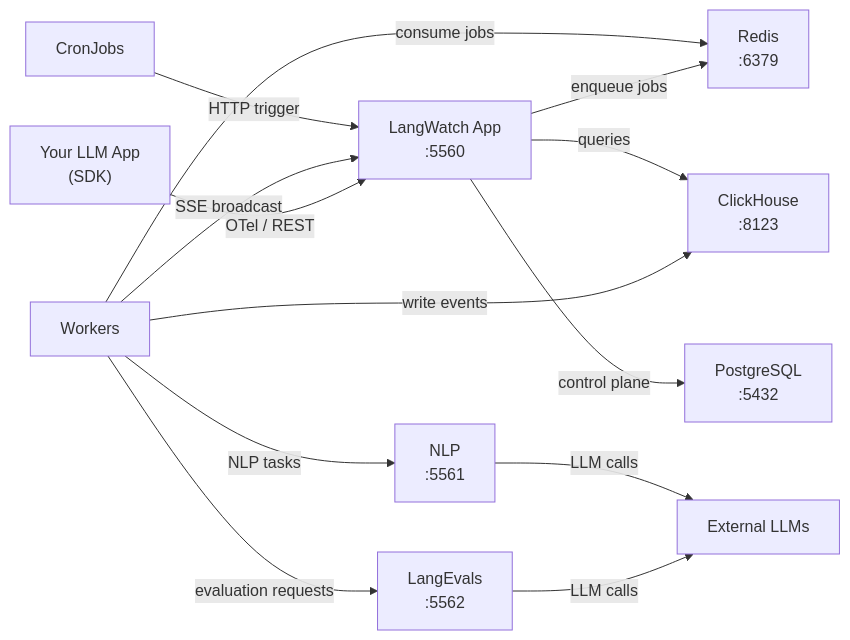
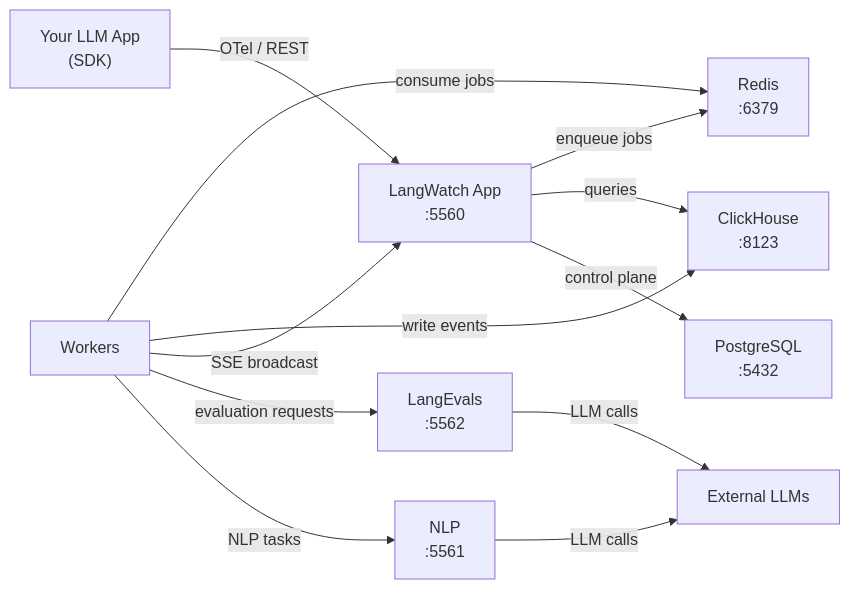
Before and after one commit to langwatch/langwatch: the diagram in docs/self-hosting/deployment/docker-images.mdx, drawn with Mermaid. The commit also changed other lines of this file and 24 other files, not shown here.

First line of the commit message:
docs(self-hosting): correct security, env var and Helm values docs against the code and chart

````diff
--- a/docs/self-hosting/deployment/docker-images.mdx
+++ b/docs/self-hosting/deployment/docker-images.mdx
@@ -74,15 +77,14 @@
 ```mermaid
 graph LR
     SDK["Your LLM App<br/>(SDK)"] -->|OTel / REST| App["LangWatch App<br/>:5560"]
     App -->|enqueue jobs| Redis["Redis<br/>:6379"]
     Workers["Workers"] -->|consume jobs| Redis
     Workers -->|write events| CH["ClickHouse<br/>:8123"]
     Workers -->|SSE broadcast| App
     Workers -->|evaluation requests| Evals["LangEvals<br/>:5562"]
     Workers -->|NLP tasks| NLP["NLP<br/>:5561"]
     Evals -->|LLM calls| LLMs["External LLMs"]
     NLP -->|LLM calls| LLMs
     App -->|queries| CH
     App -->|control plane| PG["PostgreSQL<br/>:5432"]
-    CronJobs["CronJobs"] -->|HTTP trigger| App
 ```
````
